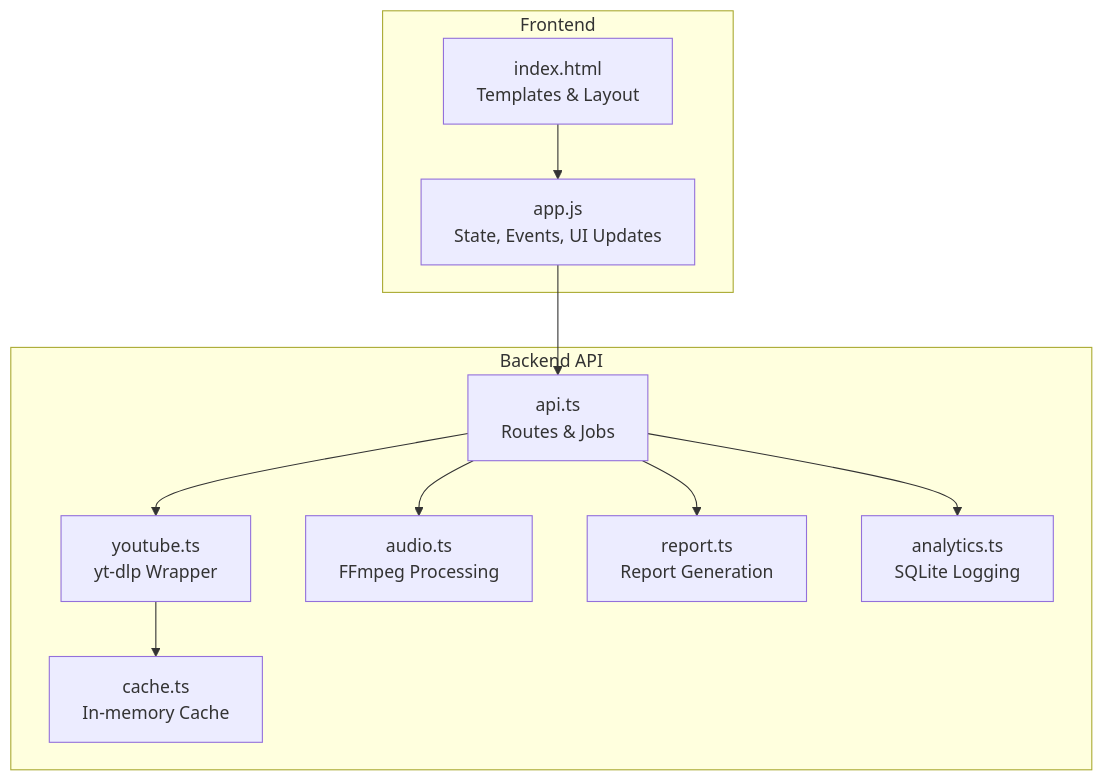
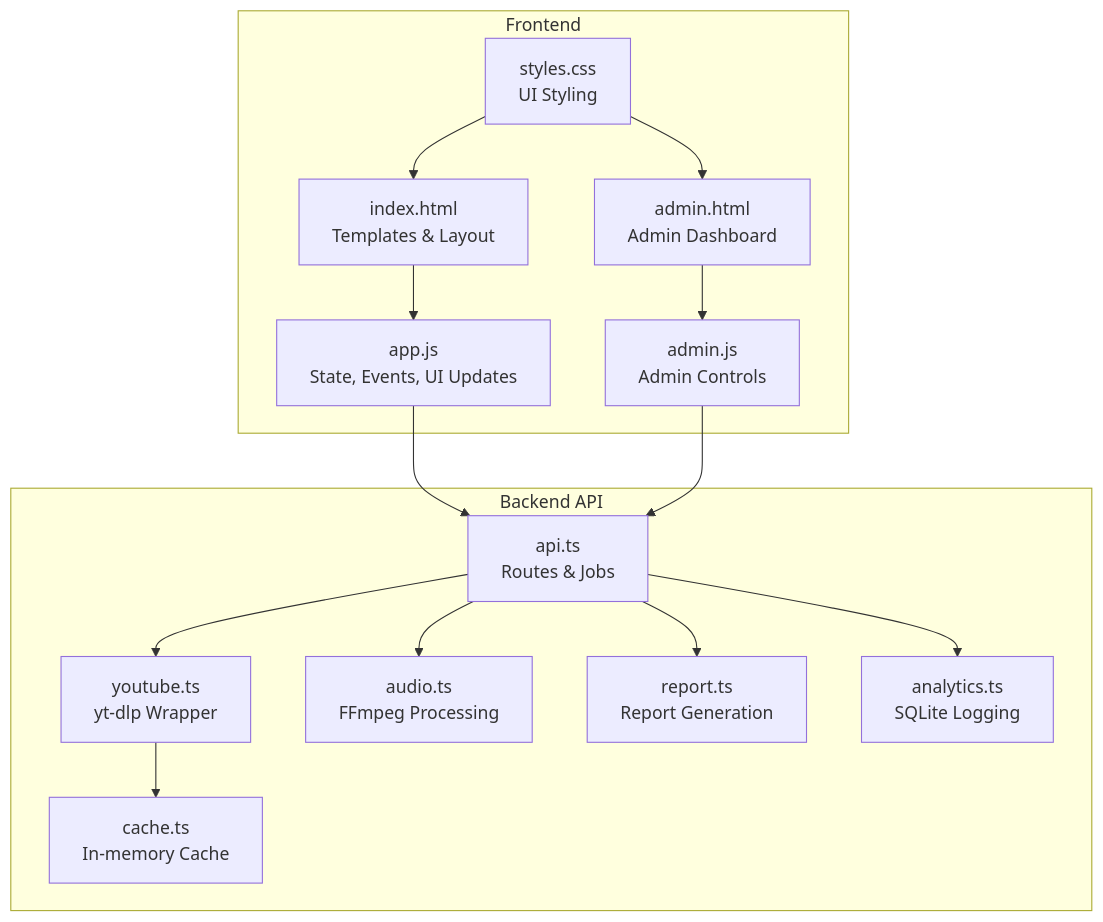
Before and after one commit to dkoukoul/kpop-random-dance-generator: the first of 11 diagrams in .qoder/repowiki/en/content/Frontend Application/Feature Implementations.md, drawn with Mermaid. The commit also changed other lines of this file and 3 other files, not shown here.

````diff
--- a/.qoder/repowiki/en/content/Frontend Application/Feature Implementations.md
+++ b/.qoder/repowiki/en/content/Frontend Application/Feature Implementations.md
@@ -44,22 +55,29 @@
 ```mermaid
 graph TB
 subgraph "Frontend"
 UI["index.html<br/>Templates & Layout"]
 FE["app.js<br/>State, Events, UI Updates"]
+ADM["admin.html<br/>Admin Dashboard"]
+ADMA["admin.js<br/>Admin Controls"]
+CSS["styles.css<br/>UI Styling"]
 end
 subgraph "Backend API"
 API["api.ts<br/>Routes & Jobs"]
 YT["youtube.ts<br/>yt-dlp Wrapper"]
 AUD["audio.ts<br/>FFmpeg Processing"]
 REP["report.ts<br/>Report Generation"]
 ANA["analytics.ts<br/>SQLite Logging"]
 CAC["cache.ts<br/>In-memory Cache"]
 end
 UI --> FE
+ADM --> ADMA
 FE --> API
+ADMA --> API
 API --> YT
 API --> AUD
 API --> REP
 API --> ANA
 YT --> CAC
+CSS --> UI
+CSS --> ADM
 ```
````
